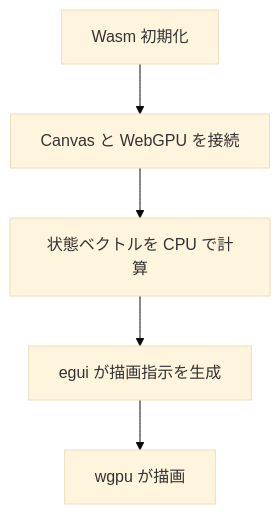
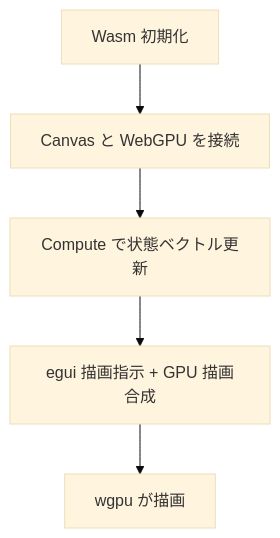
The second of 4 diagrams in docs/architecture.md (qniapp/qni-webgpu), drawn with Mermaid (base theme) before and after one commit. The commit also changed other lines of this file and 9 other files, not shown here.

Commit message:
Move state vector compute/render to WebGPU

````diff
--- a/docs/architecture.md
+++ b/docs/architecture.md
@@ -41,7 +41,7 @@
 ```mermaid
 flowchart TB
   A[Wasm 初期化] --> B[Canvas と WebGPU を接続]
-  B --> C[状態ベクトルを CPU で計算]
-  C --> D[egui が描画指示を生成]
+  B --> C[Compute で状態ベクトル更新]
+  C --> D[egui 描画指示 + GPU 描画合成]
   D --> E[wgpu が描画]
 ```
````
